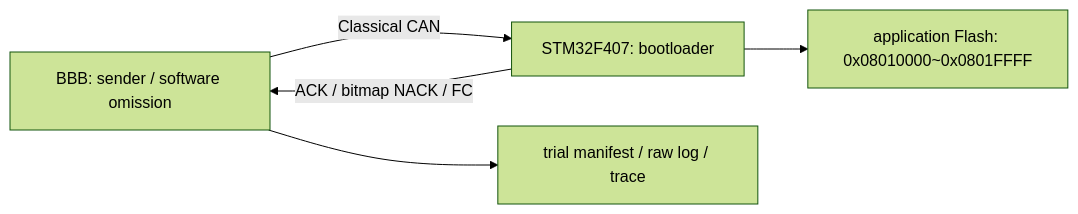
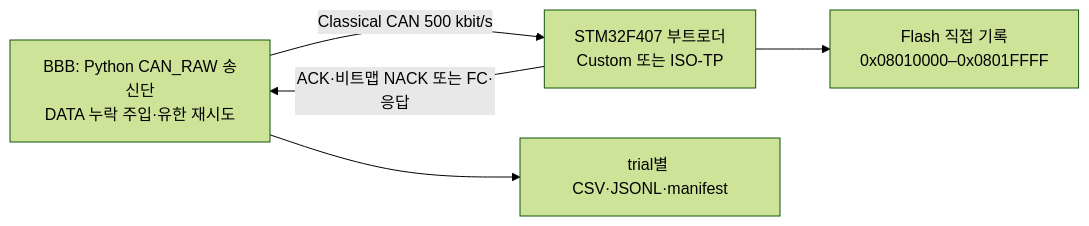
The diagram in docs/paper/manuscript.md (Wh31028/CanBootloader), drawn with Mermaid (forest theme) before and after one commit. The commit also changed other lines of this file and 3 other files, not shown here.

````diff
--- a/docs/paper/manuscript.md
+++ b/docs/paper/manuscript.md
@@ -30,7 +15,7 @@
 ```mermaid
 flowchart LR
-    H["BBB: sender / software omission"] -->|"Classical CAN"| B["STM32F407: bootloader"]
-    B -->|"ACK / bitmap NACK / FC"| H
-    B --> F["application Flash: 0x08010000~0x0801FFFF"]
-    H --> L["trial manifest / raw log / trace"]
+    H["BBB: Python CAN_RAW 송신단<br/>DATA 누락 주입·유한 재시도"] -->|"Classical CAN 500 kbit/s"| B["STM32F407 부트로더<br/>Custom 또는 ISO-TP"]
+    B -->|"ACK·비트맵 NACK 또는 FC·응답"| H
+    B --> F["Flash 직접 기록<br/>0x08010000–0x0801FFFF"]
+    H --> L["trial별 CSV·JSONL·manifest"]
 ```
````
